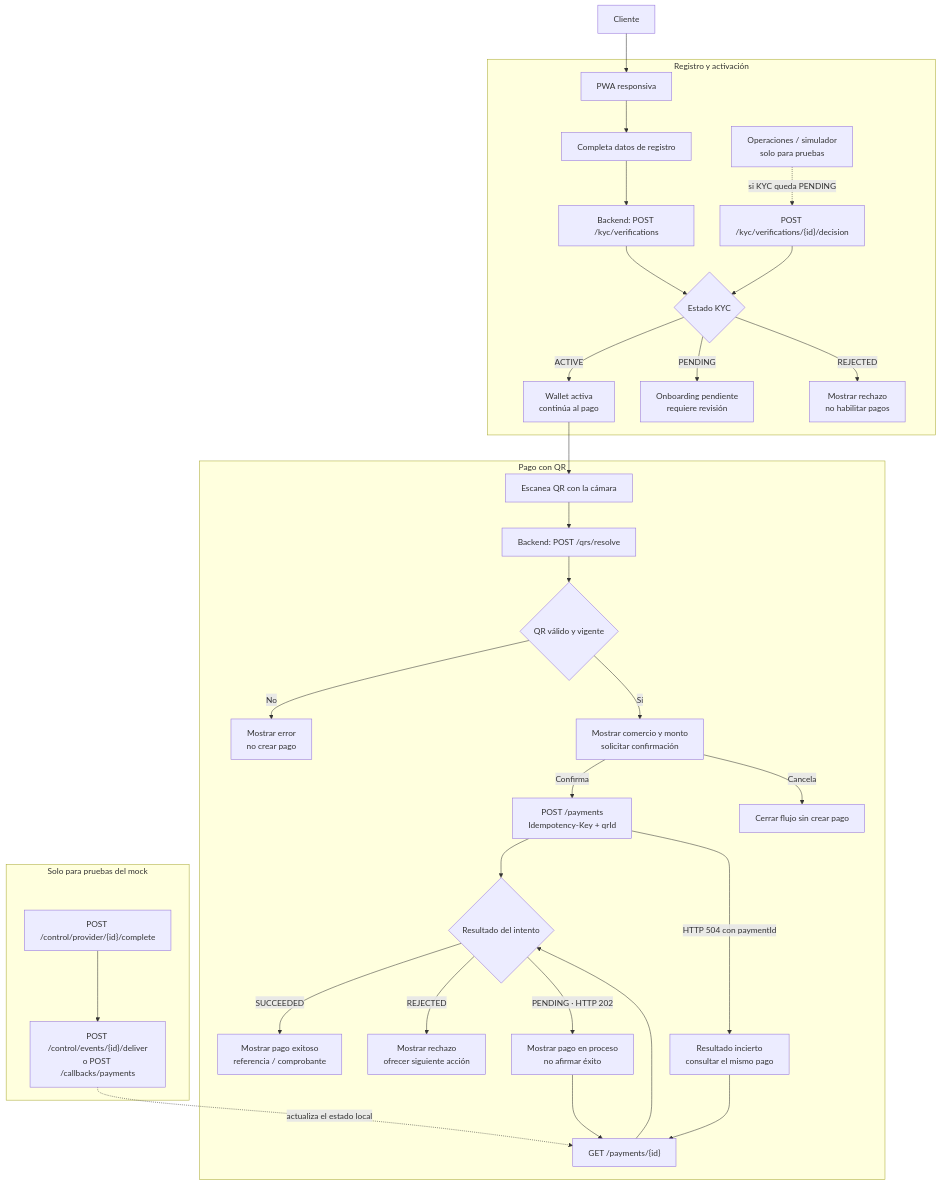
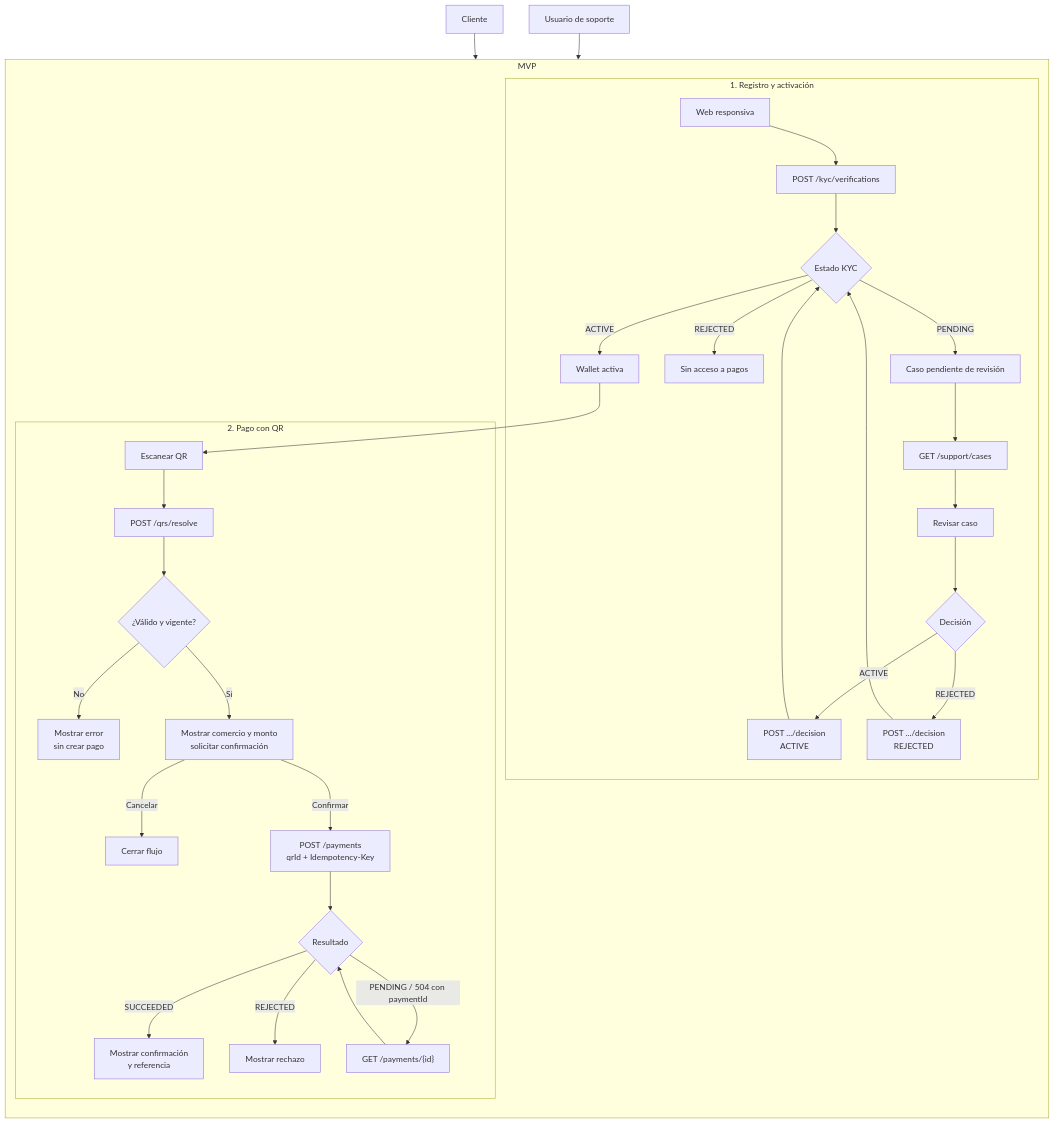
The diagram in DiagramaOnBoarding_Pago.md (user-bcp-student11/wallet_4), drawn with Mermaid before and after one commit. The commit also changed other lines of this file, not shown here.

Commit message:
actualización de diagrama

````diff
--- a/DiagramaOnBoarding_Pago.md
+++ b/DiagramaOnBoarding_Pago.md
@@ -5,40 +3,46 @@
 ```mermaid
-flowchart TD
-    C["Cliente"] --> WEB["PWA responsiva"]
+flowchart TB
+    C["Cliente"]
+    WEB["Web responsiva"]
+    SUPPORT["Usuario de soporte"]
 
-    subgraph ONBOARD["Registro y activación"]
-        WEB --> FORM["Completa datos de registro"]
-        FORM --> APIKYC["Backend: POST /kyc/verifications"]
-        APIKYC --> KYCSTATUS{"Estado KYC"}
-        KYCSTATUS -->|"ACTIVE"| ACTIVE["Wallet activa<br/>continúa al pago"]
-        KYCSTATUS -->|"PENDING"| WAITKYC["Onboarding pendiente<br/>requiere revisión"]
-        KYCSTATUS -->|"REJECTED"| REJECTKYC["Mostrar rechazo<br/>no habilitar pagos"]
-        OPS["Operaciones / simulador<br/>solo para pruebas"] -. "si KYC queda PENDING" .-> DECISION["POST /kyc/verifications/{id}/decision"]
-        DECISION --> KYCSTATUS
+    C --> WEB
+
+    subgraph MVP["MVP"]
+        direction TB
+
+        subgraph ONBOARD["1. Registro y activación"]
+            WEB --> KYC["POST /kyc/verifications"]
+            KYC --> KS{"Estado KYC"}
+            KS -->|"ACTIVE"| WALLET["Wallet activa"]
+            KS -->|"PENDING"| CASE["Caso pendiente de revisión"]
+            KS -->|"REJECTED"| BLOCK["Sin acceso a pagos"]
+            CASE --> CASES["GET /support/cases"]
+            CASES --> REVIEW["Revisar caso"]
+            REVIEW --> DEC{"Decisión"}
+            DEC -->|"ACTIVE"| APPROVE["POST .../decision<br/>ACTIVE"]
+            DEC -->|"REJECTED"| DENY["POST .../decision<br/>REJECTED"]
+            APPROVE --> KS
+            DENY --> KS
+        end
+
+        subgraph QRPAY["2. Pago con QR"]
+            WALLET --> SCAN["Escanear QR"]
+            SCAN --> RESOLVE["POST /qrs/resolve"]
+            RESOLVE --> VALID{"¿Válido y vigente?"}
+            VALID -->|"No"| QRERROR["Mostrar error<br/>sin crear pago"]
+            VALID -->|"Sí"| CONFIRM["Mostrar comercio y monto<br/>solicitar confirmación"]
+            CONFIRM -->|"Cancelar"| CANCEL["Cerrar flujo"]
+            CONFIRM -->|"Confirmar"| PAY["POST /payments<br/>qrId + Idempotency-Key"]
+            PAY --> RESULT{"Resultado"}
+            RESULT -->|"SUCCEEDED"| SUCCESS["Mostrar confirmación<br/>y referencia"]
+            RESULT -->|"REJECTED"| REJECT["Mostrar rechazo"]
+            RESULT -->|"PENDING / 504 con paymentId"| CHECK["GET /payments/{id}"]
+            CHECK --> RESULT
+        end
+
+        ONBOARD ~~~ QRPAY
     end
 
-    subgraph QRPAY["Pago con QR"]
-        ACTIVE --> SCAN["Escanea QR con la cámara"]
-        SCAN --> RESOLVE["Backend: POST /qrs/resolve"]
-        RESOLVE --> VALID{"QR válido y vigente"}
-        VALID -->|"No"| QRERROR["Mostrar error<br/>no crear pago"]
-        VALID -->|"Sí"| SUMMARY["Mostrar comercio y monto<br/>solicitar confirmación"]
-        SUMMARY -->|"Confirma"| CREATE["POST /payments<br/>Idempotency-Key + qrId"]
-        SUMMARY -->|"Cancela"| CANCEL["Cerrar flujo sin crear pago"]
-        CREATE --> RESULT{"Resultado del intento"}
-        RESULT -->|"SUCCEEDED"| SUCCESS["Mostrar pago exitoso<br/>referencia / comprobante"]
-        RESULT -->|"REJECTED"| FAILURE["Mostrar rechazo<br/>ofrecer siguiente acción"]
-        RESULT -->|"PENDING · HTTP 202"| PENDING["Mostrar pago en proceso<br/>no afirmar éxito"]
-        CREATE -->|"HTTP 504 con paymentId"| UNCERTAIN["Resultado incierto<br/>consultar el mismo pago"]
-        UNCERTAIN --> STATUS["GET /payments/{id}"]
-        PENDING --> STATUS
-        STATUS --> RESULT
-    end
-
-    subgraph TESTS["Solo para pruebas del mock"]
-        SIM["POST /control/provider/{id}/complete"]
-        DELIVER["POST /control/events/{id}/deliver<br/>o POST /callbacks/payments"]
-        SIM --> DELIVER
-        DELIVER -. "actualiza el estado local" .-> STATUS
-    end
+    SUPPORT --> CASE
 ```
````
